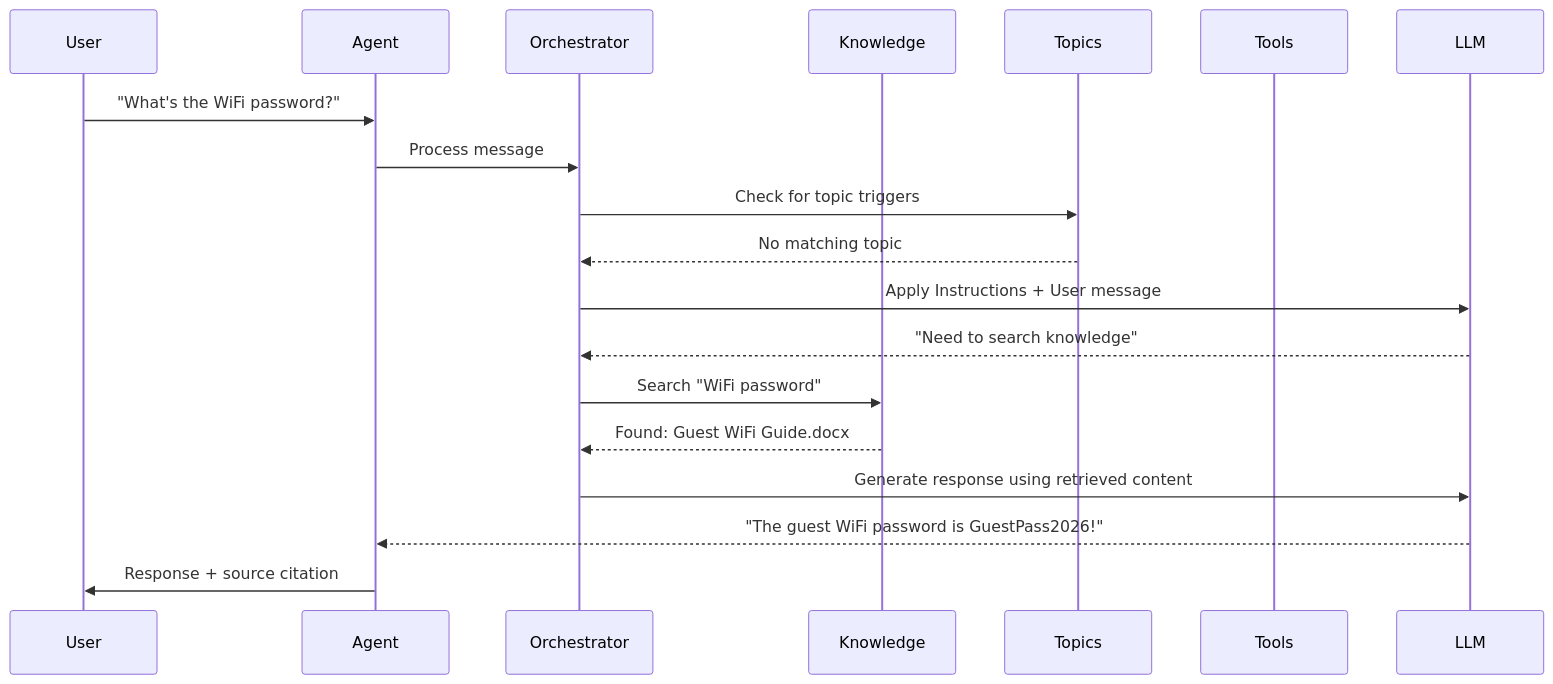
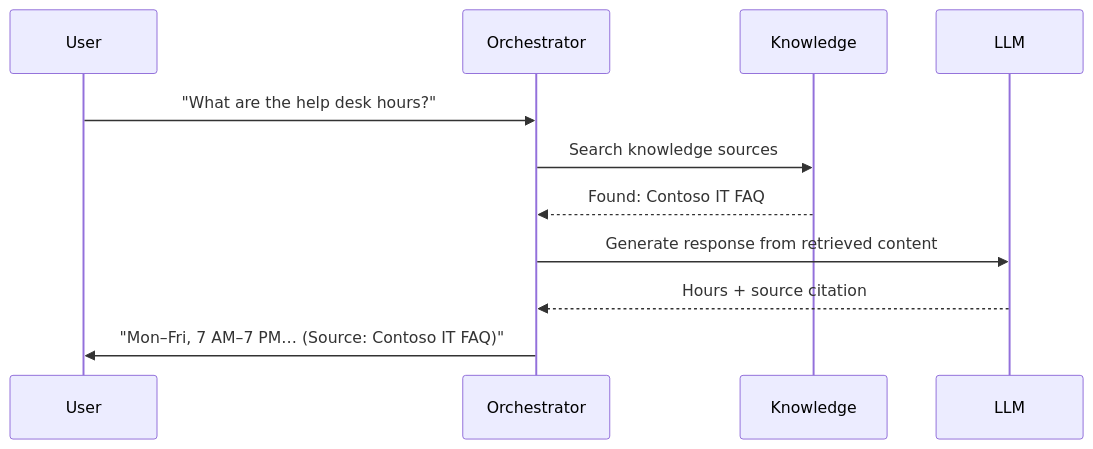
The first of 2 diagrams in docs/modules/02-copilot-studio-fundamentals/index.md (ulrikkerocks/BOOST), drawn with Mermaid before and after one commit. The commit also changed other lines of this file, not shown here.

````diff
--- a/docs/modules/02-copilot-studio-fundamentals/index.md
+++ b/docs/modules/02-copilot-studio-fundamentals/index.md
@@ -332,22 +265,13 @@
 ```mermaid
 sequenceDiagram
     participant User
-    participant Agent
     participant Orchestrator
     participant Knowledge
-    participant Topics
-    participant Tools
     participant LLM
-
-    User->>Agent: "What's the WiFi password?"
-    Agent->>Orchestrator: Process message
-    Orchestrator->>Topics: Check for topic triggers
-    Topics-->>Orchestrator: No matching topic
-    Orchestrator->>LLM: Apply Instructions + User message
-    LLM-->>Orchestrator: "Need to search knowledge"
-    Orchestrator->>Knowledge: Search "WiFi password"
-    Knowledge-->>Orchestrator: Found: Guest WiFi Guide.docx
-    Orchestrator->>LLM: Generate response using retrieved content
-    LLM-->>Agent: "The guest WiFi password is GuestPass2026!"
-    Agent->>User: Response + source citation
+    User->>Orchestrator: "What are the help desk hours?"
+    Orchestrator->>Knowledge: Search knowledge sources
+    Knowledge-->>Orchestrator: Found: Contoso IT FAQ
+    Orchestrator->>LLM: Generate response from retrieved content
+    LLM-->>Orchestrator: Hours + source citation
+    Orchestrator->>User: "Mon–Fri, 7 AM–7 PM… (Source: Contoso IT FAQ)"
 ```
````
